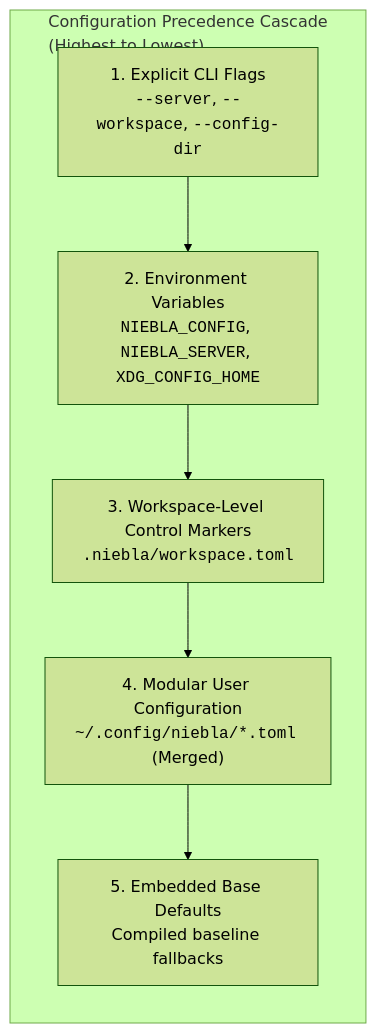
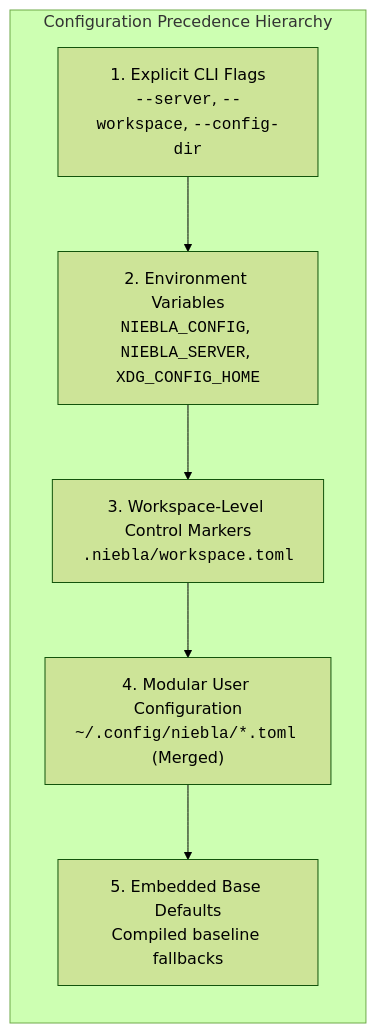
The diagram in docs-site/src/content/docs/reference/configuration.md (mrtnzjsh/niebla), drawn with Mermaid (forest theme) before and after one commit. The commit also changed 2 other files, not shown here.

Commit message:
fix(docs): enforce single-line cluster titles and nowrap to prevent vertical node obscuration

````diff
--- a/docs-site/src/content/docs/reference/configuration.md
+++ b/docs-site/src/content/docs/reference/configuration.md
@@ -23,12 +23,12 @@
 ```mermaid
 flowchart TD
-    subgraph Precedence["Configuration Precedence Cascade<br/>(Highest to Lowest)"]
+    subgraph Precedence["Configuration Precedence Hierarchy"]
         direction TB
         P1["1. Explicit CLI Flags<br/><code>--server</code>, <code>--workspace</code>, <code>--config-dir</code>"]
         P2["2. Environment Variables<br/><code>NIEBLA_CONFIG</code>, <code>NIEBLA_SERVER</code>, <code>XDG_CONFIG_HOME</code>"]
         P3["3. Workspace-Level Control Markers<br/><code>.niebla/workspace.toml</code>"]
         P4["4. Modular User Configuration<br/><code>~/.config/niebla/*.toml</code> (Merged)"]
         P5["5. Embedded Base Defaults<br/>Compiled baseline fallbacks"]
         P1 --> P2 --> P3 --> P4 --> P5
     end
 ```
````
